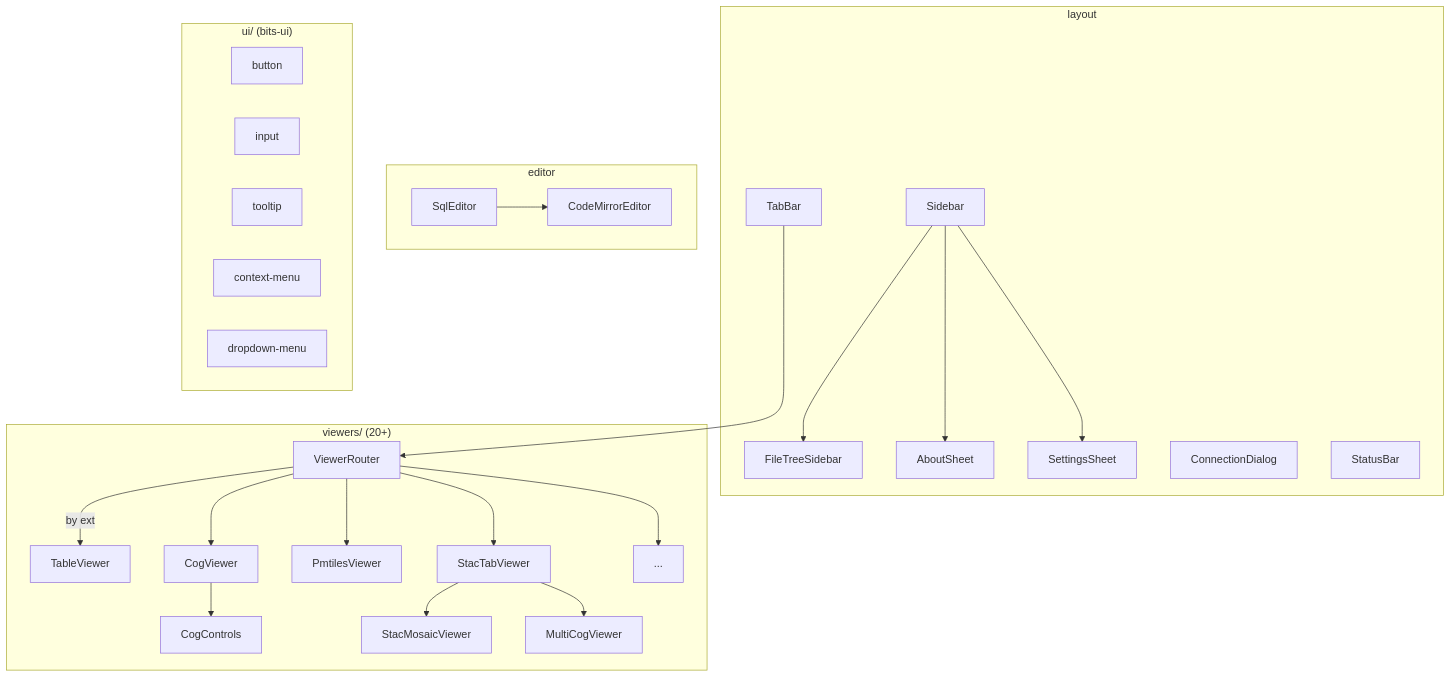
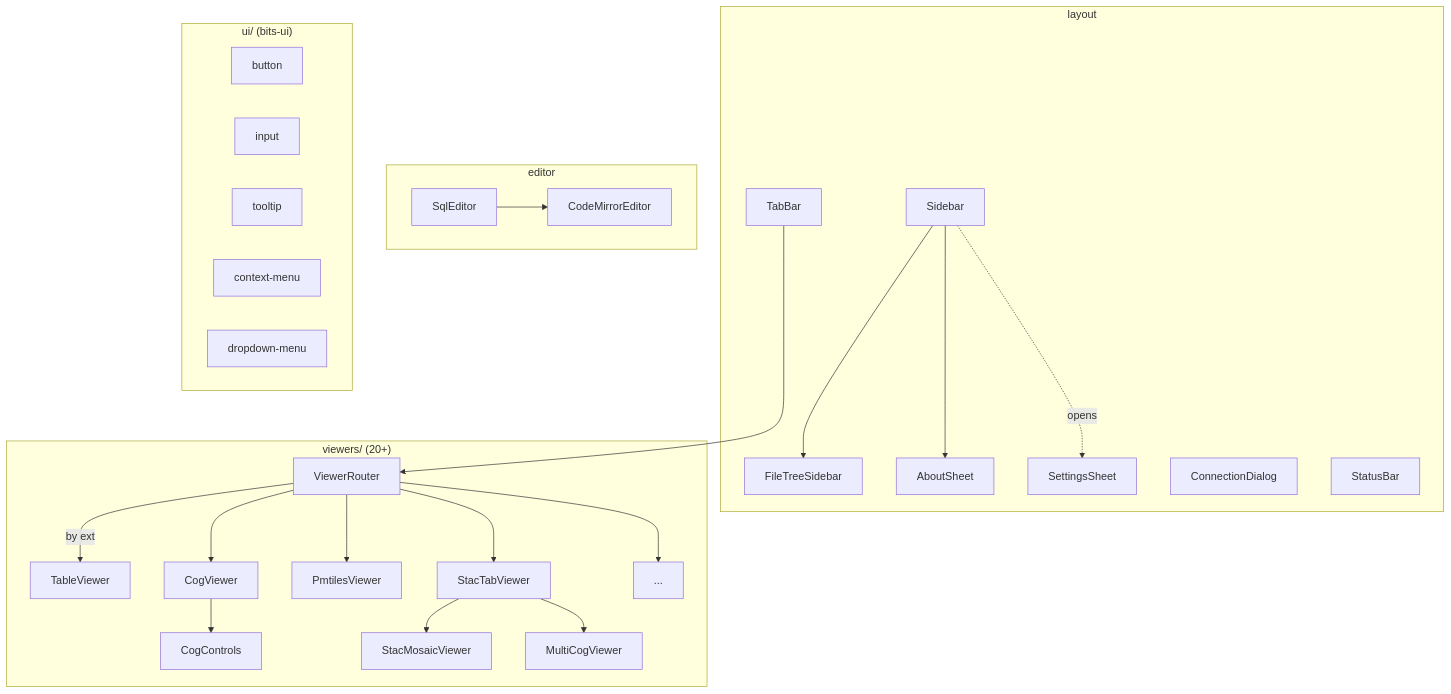
One commit to walkthru-earth/objex changed the diagram in src/lib/components/CLAUDE.md. Above: the diagram before and after it, drawn with Mermaid. The commit also changed other lines of this file and 3 other files, not shown here.

Commit message:
fix(settings): hoist SettingsSheet to +page so settings stays reachable when rail is hidden

````diff
--- a/src/lib/components/CLAUDE.md
+++ b/src/lib/components/CLAUDE.md
@@ -5,26 +5,26 @@
 ```mermaid
 graph TD
     subgraph layout
         SB[Sidebar] --> FTS[FileTreeSidebar]
         SB --> AS[AboutSheet]
-        SB --> SS[SettingsSheet]
+        SB -.->|opens| SS[SettingsSheet]
         TB[TabBar]
         CD[ConnectionDialog]
         STB[StatusBar]
     end
     subgraph viewers["viewers/ (20+)"]
         VR[ViewerRouter] -->|by ext| TV[TableViewer]
         VR --> CV[CogViewer] --> CC[CogControls]
         VR --> PV[PmtilesViewer]
         VR --> STV[StacTabViewer] --> SMV[StacMosaicViewer]
         STV --> MCV[MultiCogViewer]
         VR --> MORE[...]
     end
     subgraph editor
         SQL[SqlEditor] --> CM[CodeMirrorEditor]
     end
     subgraph ui["ui/ (bits-ui)"]
         BTN[button] & INP[input] & TT[tooltip] & CTX[context-menu] & DD[dropdown-menu]
     end
     TB --> VR
 ```
````
